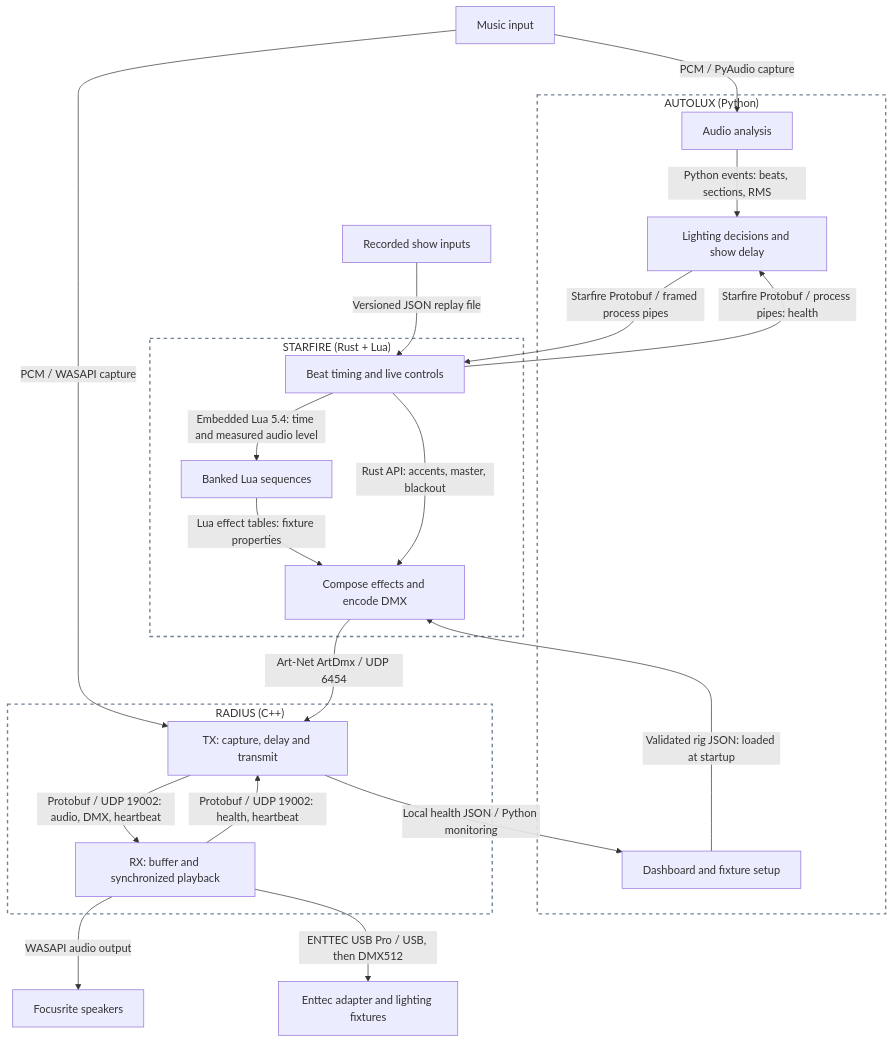
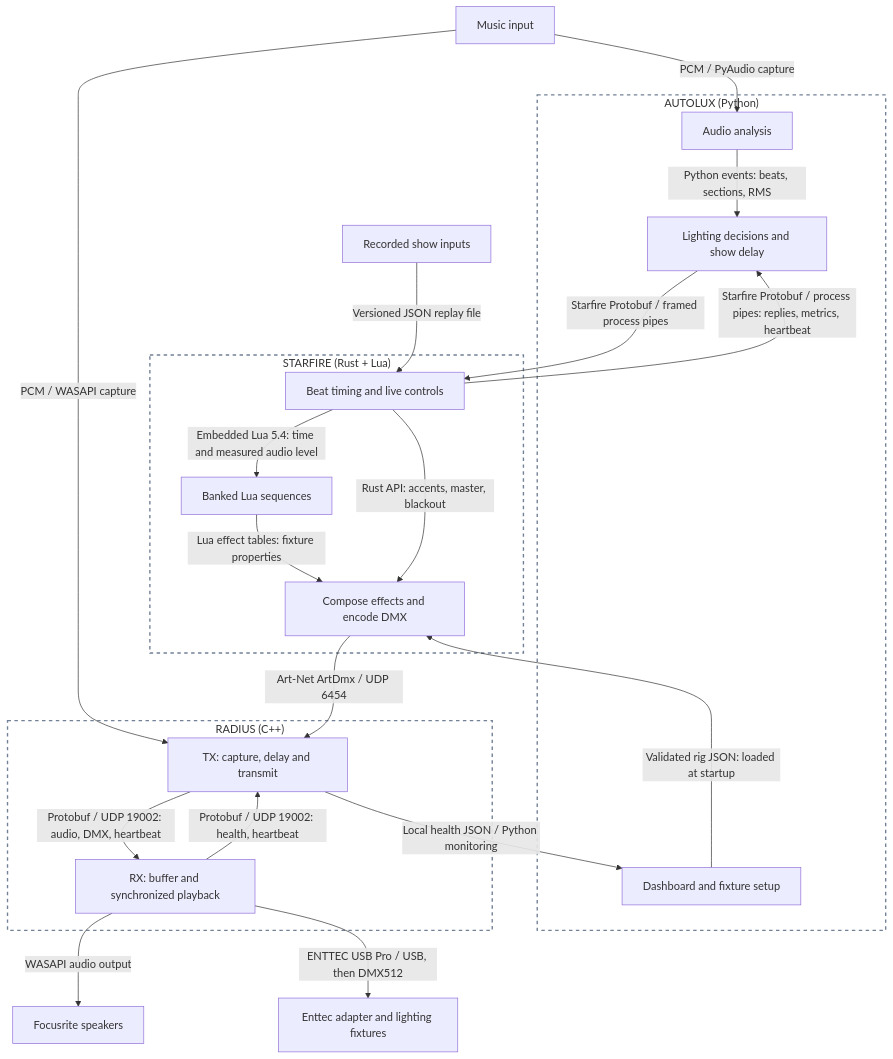
The diagram in docs/starfire-design.md (jundl77/autolux), drawn with Mermaid before and after one commit. The commit also changed other lines of this file and 38 other files, not shown here.

````diff
--- a/docs/starfire-design.md
+++ b/docs/starfire-design.md
@@ -11,40 +11,40 @@
 ```mermaid
 flowchart TB
     Music["Music input"]
     Replay["Recorded show inputs"]
     subgraph Autolux["AUTOLUX (Python)"]
         Analysis["Audio analysis"]
         Decisions["Lighting decisions and show delay"]
         Dashboard["Dashboard and fixture setup"]
         Analysis -->|"Python events: beats, sections, RMS"| Decisions
     end
     subgraph Starfire["STARFIRE (Rust + Lua)"]
         Timing["Beat timing and live controls"]
         Scripts["Banked Lua sequences"]
         Frames["Compose effects and encode DMX"]
         Timing -->|"Embedded Lua 5.4: time and measured audio level"| Scripts
         Scripts -->|"Lua effect tables: fixture properties"| Frames
         Timing -->|"Rust API: accents, master, blackout"| Frames
     end
     subgraph Radius["RADIUS (C++)"]
         TX["TX: capture, delay and transmit"]
         RX["RX: buffer and synchronized playback"]
         TX -->|"Protobuf / UDP 19002: audio, DMX, heartbeat"| RX
         RX -->|"Protobuf / UDP 19002: health, heartbeat"| TX
     end
     Speakers["Focusrite speakers"]
     Lights["Enttec adapter and lighting fixtures"]
     Music -->|"PCM / PyAudio capture"| Analysis
     Music -->|"PCM / WASAPI capture"| TX
     Decisions -->|"Starfire Protobuf / framed process pipes"| Timing
-    Timing -->|"Starfire Protobuf / process pipes: health"| Decisions
+    Timing -->|"Starfire Protobuf / process pipes: replies, metrics, heartbeat"| Decisions
     Replay -->|"Versioned JSON replay file"| Timing
     Dashboard -->|"Validated rig JSON: loaded at startup"| Frames
     Frames -->|"Art-Net ArtDmx / UDP 6454"| TX
     TX -->|"Local health JSON / Python monitoring"| Dashboard
     RX -->|"WASAPI audio output"| Speakers
     RX -->|"ENTTEC USB Pro / USB, then DMX512"| Lights
     style Autolux fill:transparent,stroke:#728196,stroke-width:2px,stroke-dasharray:5 5
     style Starfire fill:transparent,stroke:#728196,stroke-width:2px,stroke-dasharray:5 5
     style Radius fill:transparent,stroke:#728196,stroke-width:2px,stroke-dasharray:5 5
 ```
````
